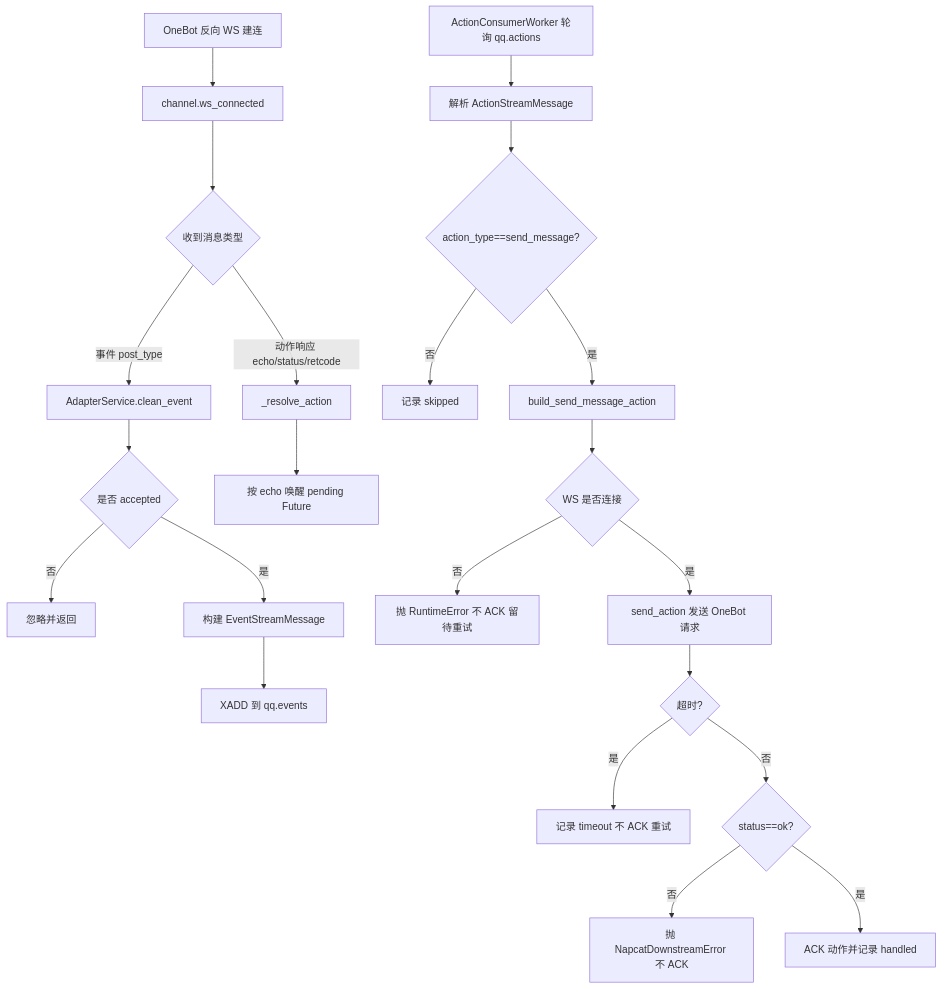
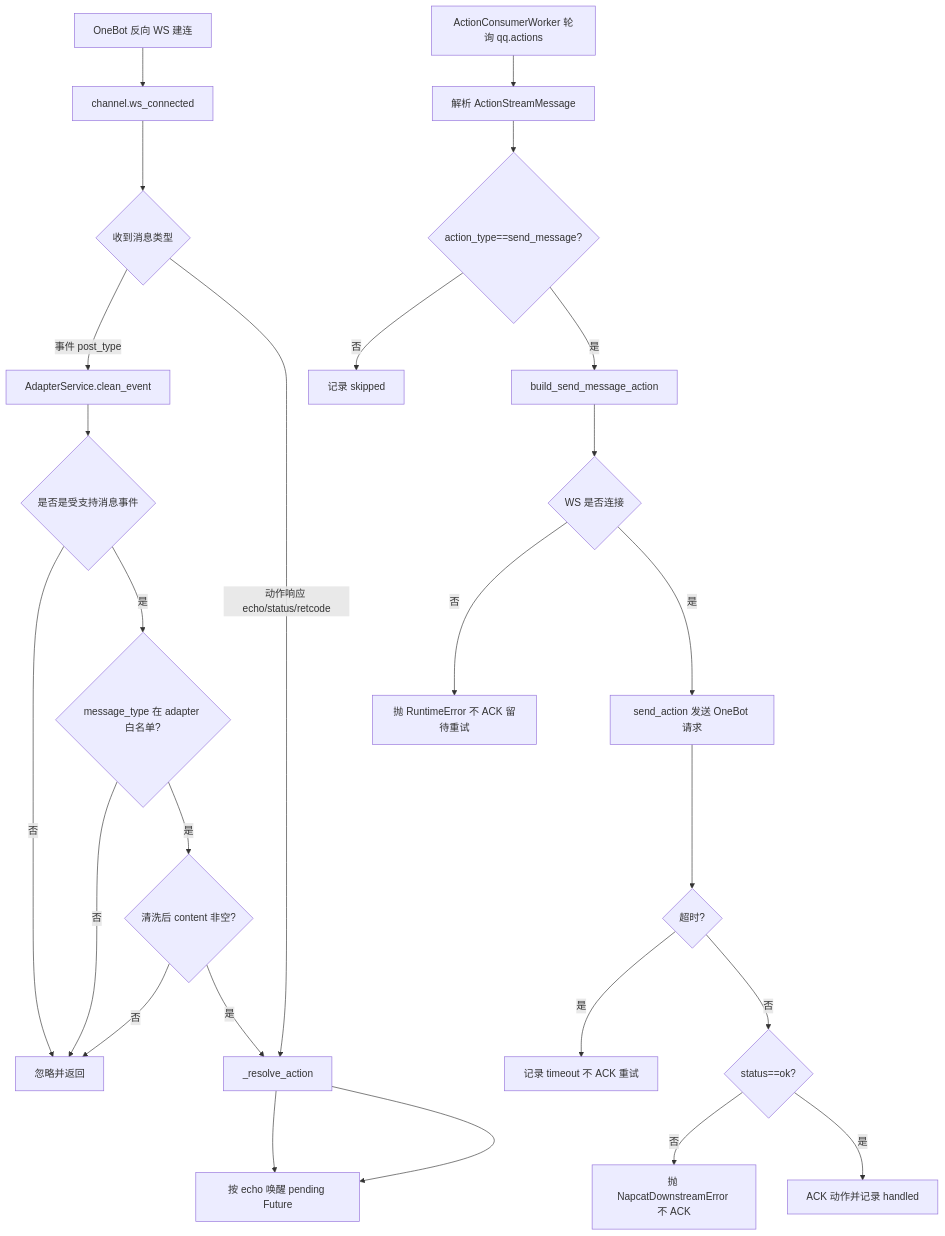
Before and after one commit to tamakara/AIChan: the diagram in docs/adapter-service.md, drawn with Mermaid. The commit also changed other lines of this file and 19 other files, not shown here.

````diff
--- a/docs/adapter-service.md
+++ b/docs/adapter-service.md
@@ -86,27 +90,31 @@
 ```mermaid
 flowchart TD
     A[OneBot 反向 WS 建连] --> B[channel.ws_connected]
     B --> C{收到消息类型}
 
     C -->|事件 post_type| D[AdapterService.clean_event]
-    D --> E{是否 accepted}
+    D --> E{是否是受支持消息事件}
     E -->|否| F[忽略并返回]
-    E -->|是| G[构建 EventStreamMessage]
-    G --> H[XADD 到 qq.events]
+    E -->|是| G{message_type 在 adapter 白名单?}
+    G -->|否| F
+    G -->|是| H{清洗后 content 非空?}
+    H -->|否| F
+    H -->|是| I[构建 EventStreamMessage]
+    I --> J[XADD 到 qq.events]
 
     C -->|动作响应 echo/status/retcode| I[_resolve_action]
     I --> J[按 echo 唤醒 pending Future]
 
     K[ActionConsumerWorker 轮询 qq.actions] --> L[解析 ActionStreamMessage]
     L --> M{action_type==send_message?}
     M -->|否| N[记录 skipped]
     M -->|是| O[build_send_message_action]
     O --> P{WS 是否连接}
     P -->|否| Q[抛 RuntimeError 不 ACK 留待重试]
     P -->|是| R[send_action 发送 OneBot 请求]
     R --> S{超时?}
     S -->|是| T[记录 timeout 不 ACK 重试]
     S -->|否| U{status==ok?}
     U -->|否| V[抛 NapcatDownstreamError 不 ACK]
     U -->|是| W[ACK 动作并记录 handled]
 ```
````
